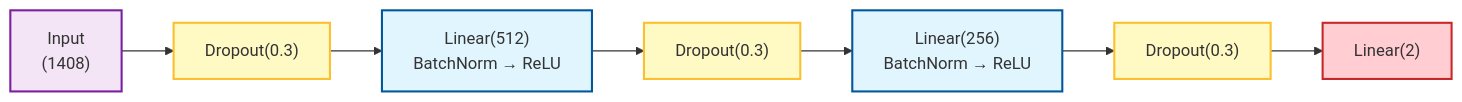
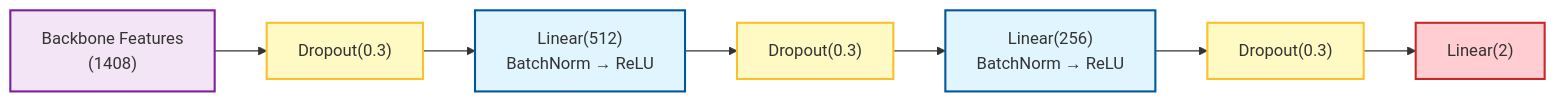
One commit to gkibria121/ai-voice-detector changed the second of 2 diagrams in docs/methodology_part2.md. Above: the diagram before and after it, drawn with Mermaid. The commit also changed other lines of this file and 1 other file, not shown here.

````diff
--- a/docs/methodology_part2.md
+++ b/docs/methodology_part2.md
@@ -100,22 +109,21 @@
 ```mermaid
 flowchart LR
     %% Fully Connected Network Architecture
     classDef input fill:#f3e5f5,stroke:#7b1fa2,stroke-width:2px
     classDef fc fill:#e1f5fe,stroke:#01579b,stroke-width:2px
     classDef dropout fill:#fff9c4,stroke:#fbc02d,stroke-width:2px
     classDef output fill:#ffcdd2,stroke:#c62828,stroke-width:2px
 
-    Input["Input<br/>(1408)"]:::input
+    Input["Backbone Features<br/>(1408)"]:::input
 
     Drop1["Dropout(0.3)"]:::dropout
     FC1["Linear(512)<br/>BatchNorm → ReLU"]:::fc
 
     Drop2["Dropout(0.3)"]:::dropout
     FC2["Linear(256)<br/>BatchNorm → ReLU"]:::fc
 
     Drop3["Dropout(0.3)"]:::dropout
     FC3["Linear(2)"]:::output
 
     Input --> Drop1 --> FC1 --> Drop2 --> FC2 --> Drop3 --> FC3
-
 ```
````
